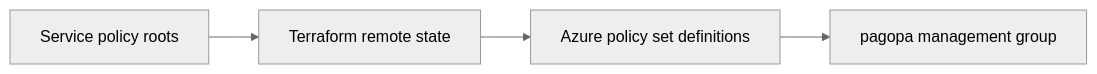
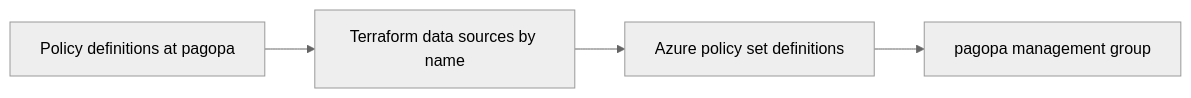
Before and after one commit to pagopa/eng-azure-governance: the diagram in src/azure-policy/03_policy_set/README.md, drawn with Mermaid (neutral theme). The commit also changed other lines of this file and 98 other files, not shown here.

First line of the commit message:
feat: TCE-923 azure policy rimozione di pci e pulizia subscriptions (#229)

````diff
--- a/src/azure-policy/03_policy_set/README.md
+++ b/src/azure-policy/03_policy_set/README.md
@@ -11,8 +11,8 @@
 ```mermaid
 flowchart LR
     accTitle: Policy set composition
-    accDescr: Policy set Terraform reads service policy IDs from remote state and publishes initiatives for the pagopa management group.
-    policy_roots["Service policy roots"] --> remote_state["Terraform remote state"]
-    remote_state --> policy_sets["Azure policy set definitions"]
+    accDescr: Policy set Terraform looks up policy definitions by name at the pagopa management group and publishes initiatives for the same management group.
+    policy_defs["Policy definitions at pagopa"] --> name_lookup["Terraform data sources by name"]
+    name_lookup --> policy_sets["Azure policy set definitions"]
     policy_sets --> governance_scope["pagopa management group"]
 ```
````
